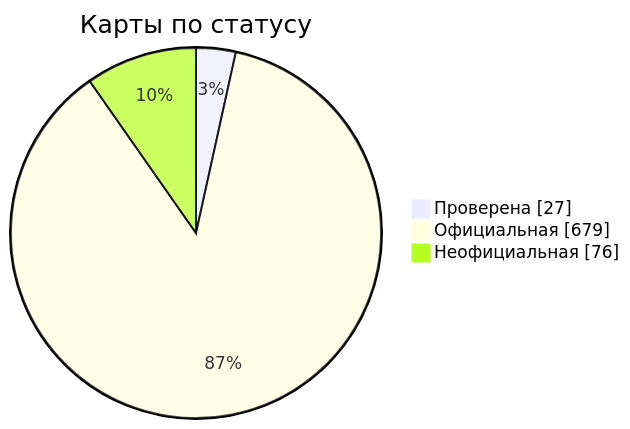
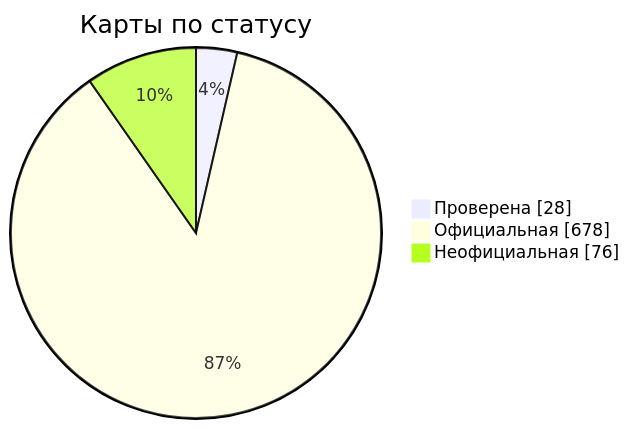
The diagram in docs/readme/README_RU.md (nobrega8/mbmap-library), drawn with Mermaid before and after one commit. The commit also changed 7 other files, not shown here.

````diff
--- a/docs/readme/README_RU.md
+++ b/docs/readme/README_RU.md
@@ -54,7 +54,7 @@
 ```mermaid
 pie showData
     title Карты по статусу
-    "Проверена" : 27
-    "Официальная" : 679
+    "Проверена" : 28
+    "Официальная" : 678
     "Неофициальная" : 76
 ```
````
